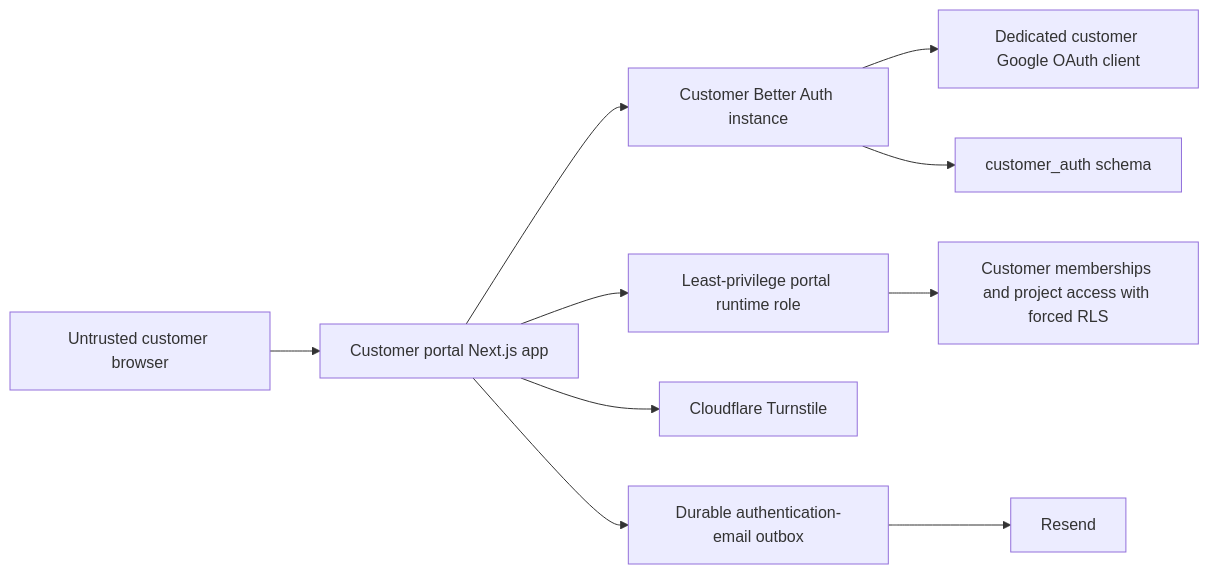
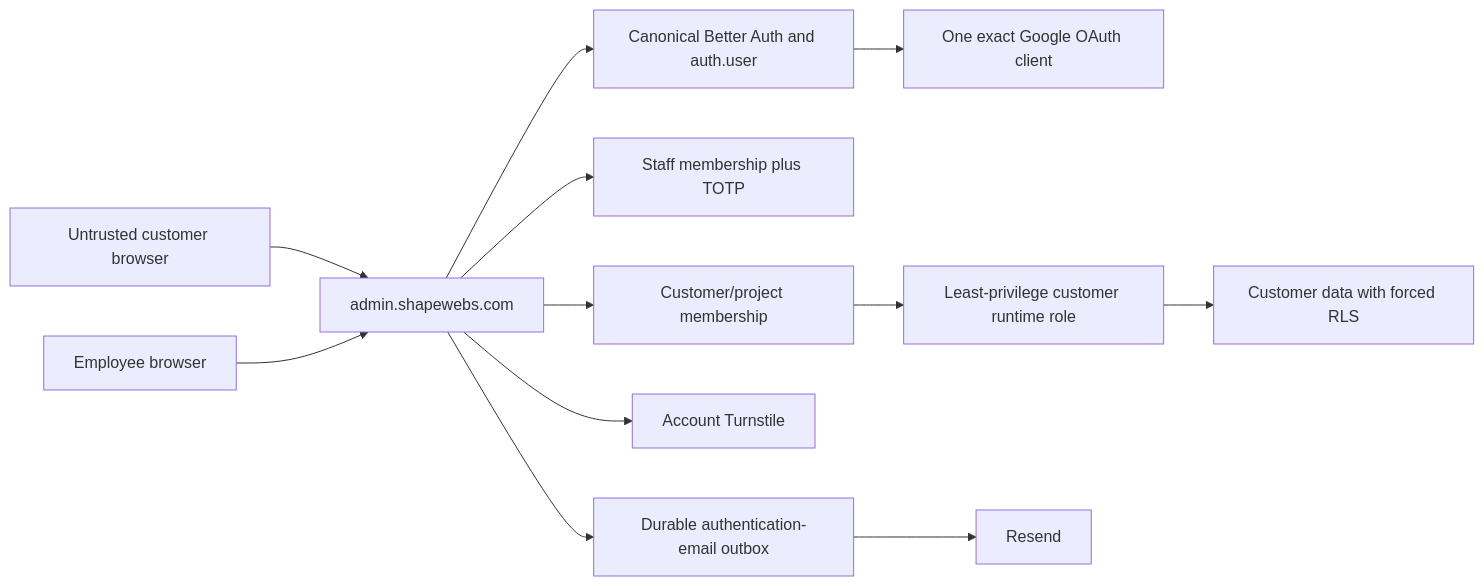
Before and after one commit to shapewebs/shapewebs-platform: the second of 2 diagrams in docs/security/threat-model.md, drawn with Mermaid. The commit also changed other lines of this file and 409 other files, not shown here.

Commit message:
Unify account portal and visual foundation

````diff
--- a/docs/security/threat-model.md
+++ b/docs/security/threat-model.md
@@ -52,12 +53,14 @@
 ```mermaid
 flowchart LR
-  Customer["Untrusted customer browser"] --> Portal["Customer portal Next.js app"]
-  Portal --> CustomerAuth["Customer Better Auth instance"]
-  CustomerAuth --> GoogleCustomer["Dedicated customer Google OAuth client"]
-  CustomerAuth --> CustomerAuthDb["customer_auth schema"]
-  Portal --> PortalRuntime["Least-privilege portal runtime role"]
-  PortalRuntime --> CustomerData["Customer memberships and project access with forced RLS"]
-  Portal --> TurnstileCustomer["Cloudflare Turnstile"]
-  Portal --> AuthOutbox["Durable authentication-email outbox"]
+  Customer["Untrusted customer browser"] --> AccountApp["admin.shapewebs.com"]
+  Employee["Employee browser"] --> AccountApp
+  AccountApp --> CanonicalAuth["Canonical Better Auth and auth.user"]
+  CanonicalAuth --> GoogleAccount["One exact Google OAuth client"]
+  AccountApp --> StaffAuthorization["Staff membership plus TOTP"]
+  AccountApp --> CustomerAuthorization["Customer/project membership"]
+  CustomerAuthorization --> CustomerRuntime["Least-privilege customer runtime role"]
+  CustomerRuntime --> CustomerData["Customer data with forced RLS"]
+  AccountApp --> TurnstileCustomer["Account Turnstile"]
+  AccountApp --> AuthOutbox["Durable authentication-email outbox"]
   AuthOutbox --> ResendCustomer["Resend"]
 ```
````
